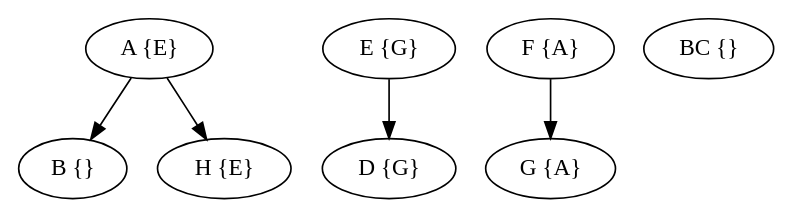
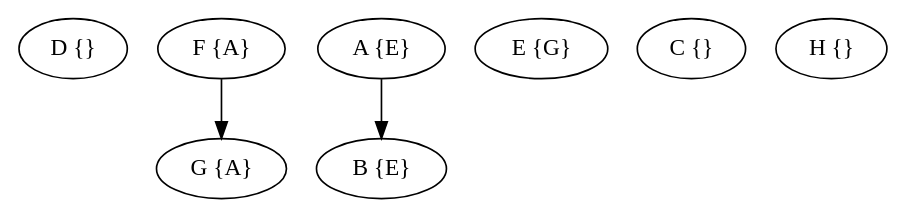
One commit to GiovA07/Pointer_Analysis changed the diagram in output/grafo.dot. Above: the diagram before and after it, drawn with Graphviz. The commit also changed 8 other files, not shown here.

```diff
--- a/output/grafo.dot
+++ b/output/grafo.dot
@@ -1,15 +1,13 @@
 digraph{
 rankdir=TB;
-B [label="B {}"];
-D [label="D {G}"];
+D [label="D {}"];
 F [label="F {A}"];
 A [label="A {E}"];
-BC [label="BC {}"];
+B [label="B {E}"];
 G [label="G {A}"];
 E [label="E {G}"];
-H [label="H {E}"];
+C [label="C {}"];
+H [label="H {}"];
 F -> G;
 A -> B;
-A -> H;
-E -> D;
 }
```
